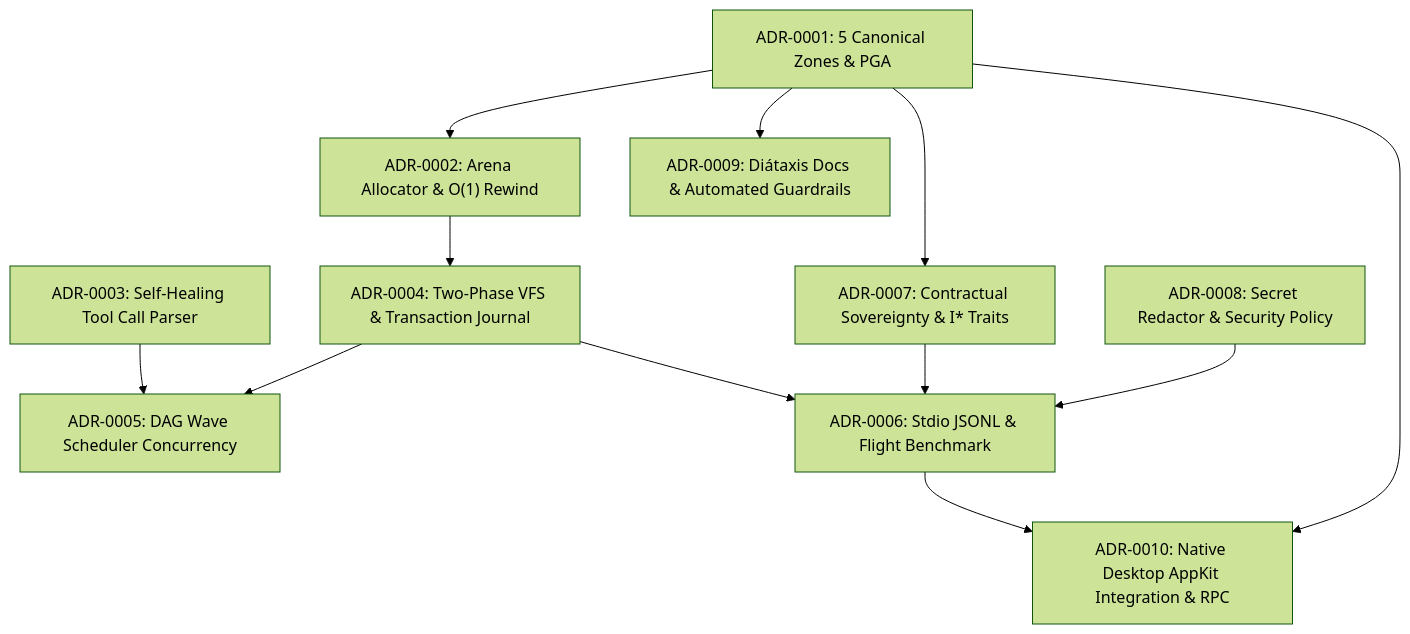
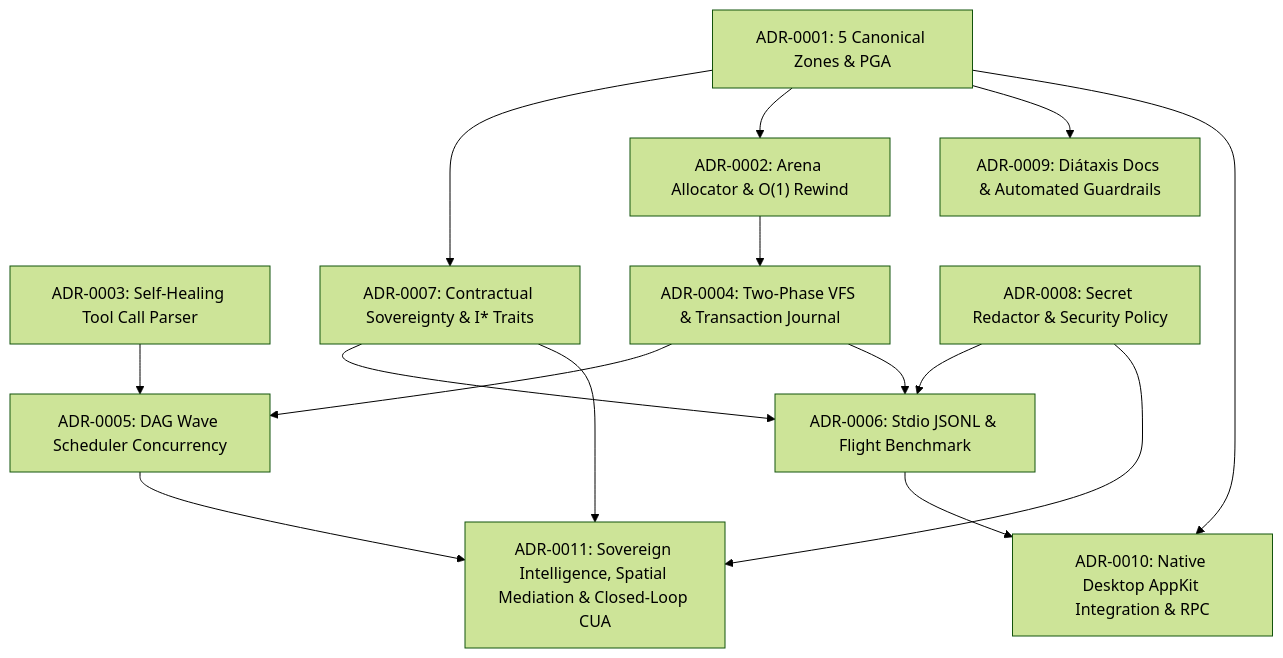
Before and after one commit to CardSorting/HEAV3NS-MICRO: the diagram in docs/adr/README.md, drawn with Mermaid (forest theme). The commit also changed other lines of this file and 116 other files, not shown here.

````diff
--- a/docs/adr/README.md
+++ b/docs/adr/README.md
@@ -22,25 +23,29 @@
 ```mermaid
 flowchart TD
   ADR1["ADR-0001: 5 Canonical Zones & PGA"]
   ADR2["ADR-0002: Arena Allocator & O(1) Rewind"]
   ADR3["ADR-0003: Self-Healing Tool Call Parser"]
   ADR4["ADR-0004: Two-Phase VFS & Transaction Journal"]
   ADR5["ADR-0005: DAG Wave Scheduler Concurrency"]
   ADR6["ADR-0006: Stdio JSONL & Flight Benchmark"]
   ADR7["ADR-0007: Contractual Sovereignty & I* Traits"]
   ADR8["ADR-0008: Secret Redactor & Security Policy"]
   ADR9["ADR-0009: Diátaxis Docs & Automated Guardrails"]
   ADR10["ADR-0010: Native Desktop AppKit Integration & RPC"]
+  ADR11["ADR-0011: Sovereign Intelligence, Spatial Mediation & Closed-Loop CUA"]
 
   ADR1 --> ADR7
   ADR1 --> ADR2
   ADR2 --> ADR4
   ADR3 --> ADR5
   ADR4 --> ADR5
   ADR4 --> ADR6
   ADR7 --> ADR6
   ADR8 --> ADR6
   ADR1 --> ADR9
   ADR6 --> ADR10
   ADR1 --> ADR10
+  ADR5 --> ADR11
+  ADR7 --> ADR11
+  ADR8 --> ADR11
 ```
````
